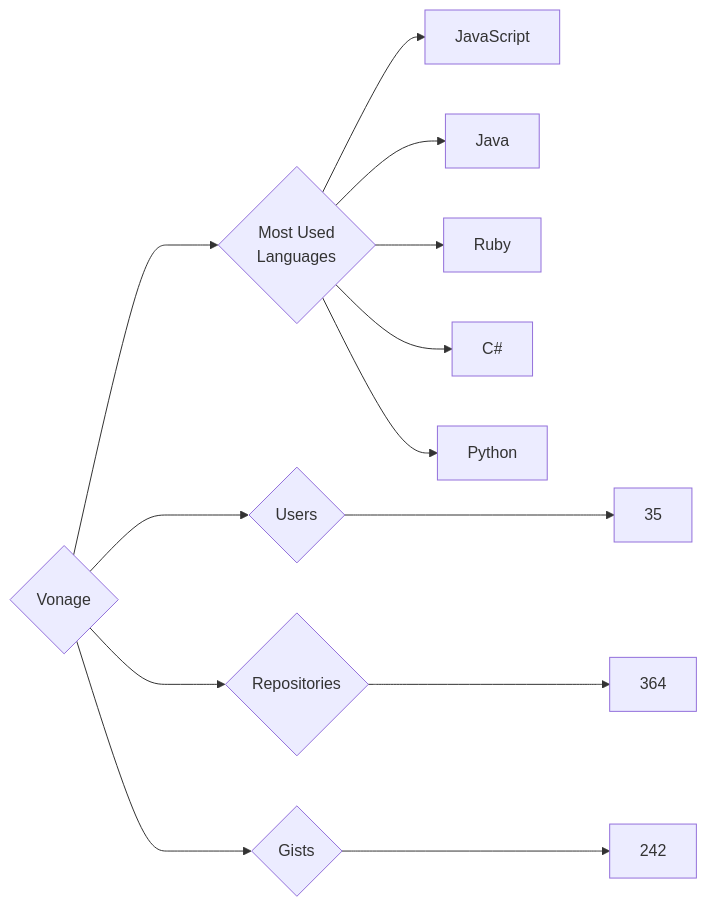
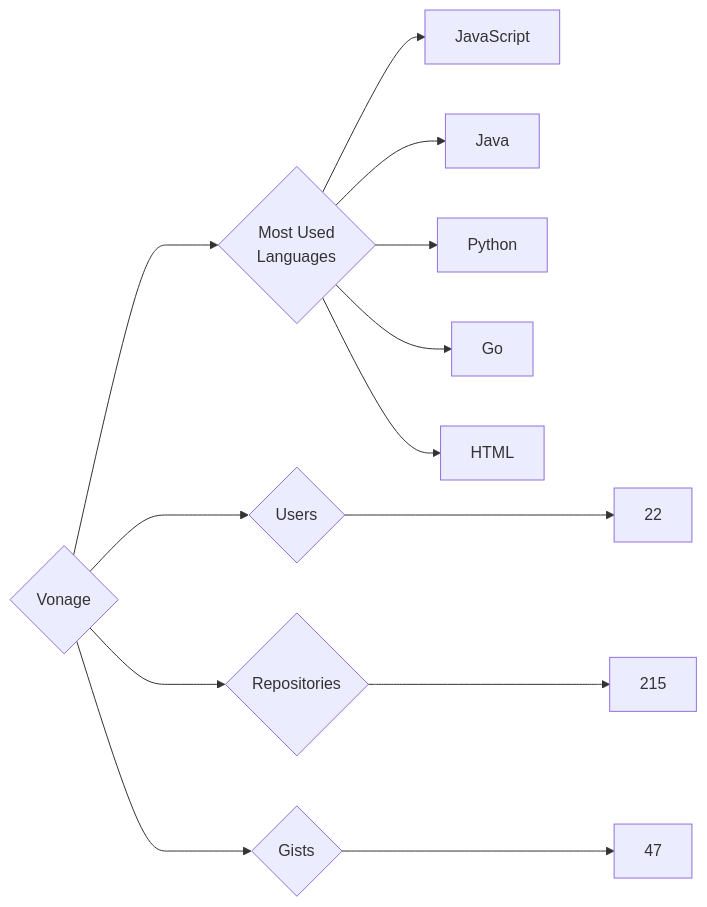
The diagram in targets/Vonage/README.md (trickest/insiders), drawn with Mermaid before and after one commit. The commit also changed 940 other files, not shown here.

````diff
--- a/targets/Vonage/README.md
+++ b/targets/Vonage/README.md
@@ -3,13 +3,13 @@
 ```mermaid
 graph LR
 COMPANY_NAME{Vonage}
-COMPANY_NAME ---> U{Users} ---> UN[35]
-COMPANY_NAME ---> R{Repositories} ---> RN[364]
-COMPANY_NAME ---> G{Gists} ---> GN[242]
+COMPANY_NAME ---> U{Users} ---> UN[22]
+COMPANY_NAME ---> R{Repositories} ---> RN[215]
+COMPANY_NAME ---> G{Gists} ---> GN[47]
 COMPANY_NAME ---> ML{Most Used<br>Languages}
 ML --> JavaScript[JavaScript]
 ML --> Java[Java]
-ML --> Ruby[Ruby]
-ML --> C#[C#]
 ML --> Python[Python]
+ML --> Go[Go]
+ML --> HTML[HTML]
 ```
````
